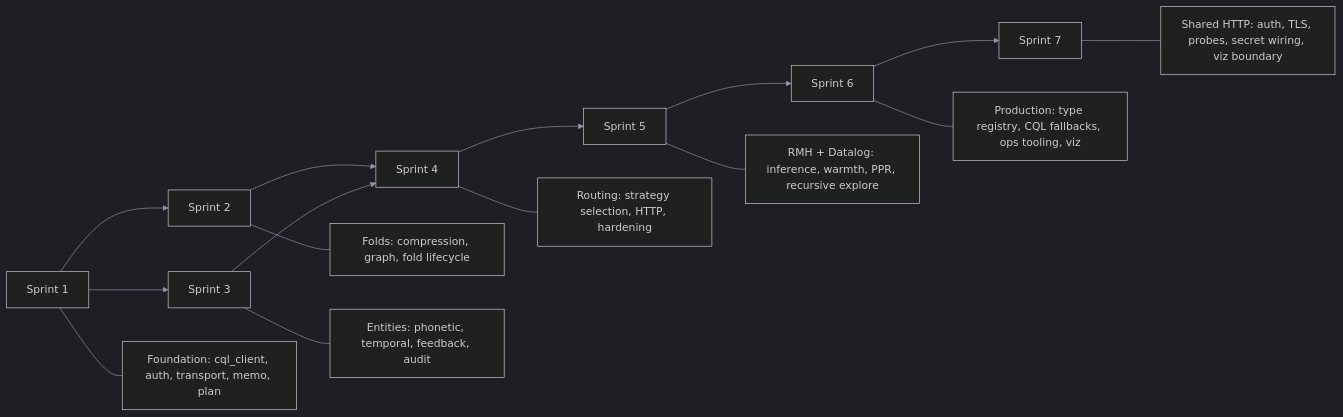
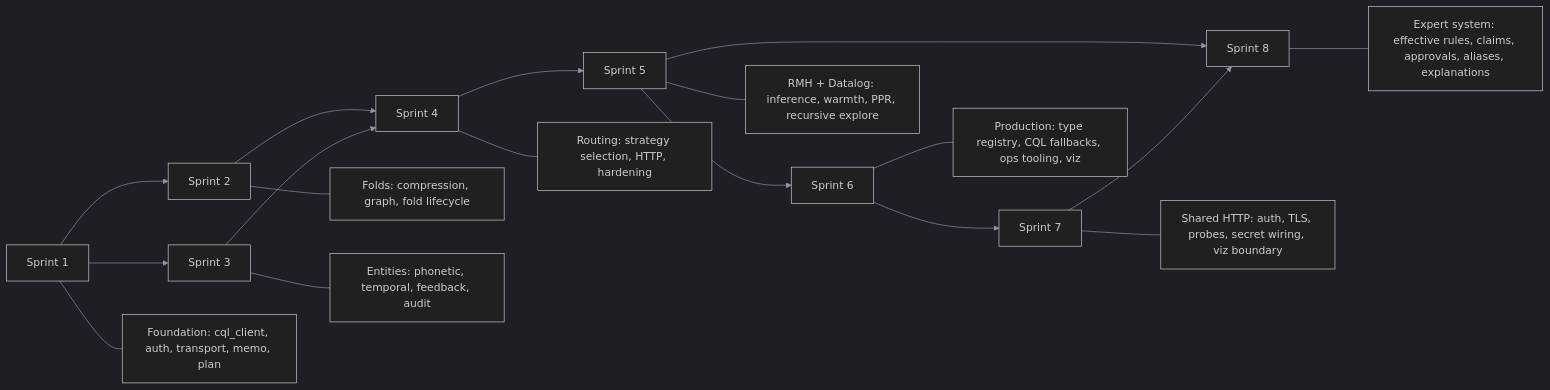
The diagram in specs/project-plan.md (ferrosadb/ferrosa-memory), drawn with Mermaid before and after one commit. The commit also changed other lines of this file and 153 other files, not shown here.

````diff
--- a/specs/project-plan.md
+++ b/specs/project-plan.md
@@ -336,19 +431,22 @@
 ```mermaid
 %%{init: {'theme':'dark','themeVariables':{'primaryColor':'#16161f','primaryTextColor':'#e8e8ed','primaryBorderColor':'#e2725b','lineColor':'#9494a3','secondaryColor':'#1c1c28','tertiaryColor':'#111118','clusterBkg':'#111118','clusterBorder':'#1e1e2a','edgeLabelBackground':'#111118','nodeTextColor':'#e8e8ed'}}}%%
 graph LR
     S1[Sprint 1] --> S2[Sprint 2]
     S1 --> S3[Sprint 3]
     S2 --> S4[Sprint 4]
     S3 --> S4
     S4 --> S5[Sprint 5]
     S5 --> S6[Sprint 6]
     S6 --> S7[Sprint 7]
+    S5 --> S8[Sprint 8]
+    S7 --> S8
 
     S1 --- note1["Foundation: cql_client, auth, transport, memo, plan"]
     S2 --- note2["Folds: compression, graph, fold lifecycle"]
     S3 --- note3["Entities: phonetic, temporal, feedback, audit"]
     S4 --- note4["Routing: strategy selection, HTTP, hardening"]
     S5 --- note5["RMH + Datalog: inference, warmth, PPR, recursive explore"]
     S6 --- note6["Production: type registry, CQL fallbacks, ops tooling, viz"]
     S7 --- note7["Shared HTTP: auth, TLS, probes, secret wiring, viz boundary"]
+    S8 --- note8["Expert system: effective rules, claims, approvals, aliases, explanations"]
 ```
````
